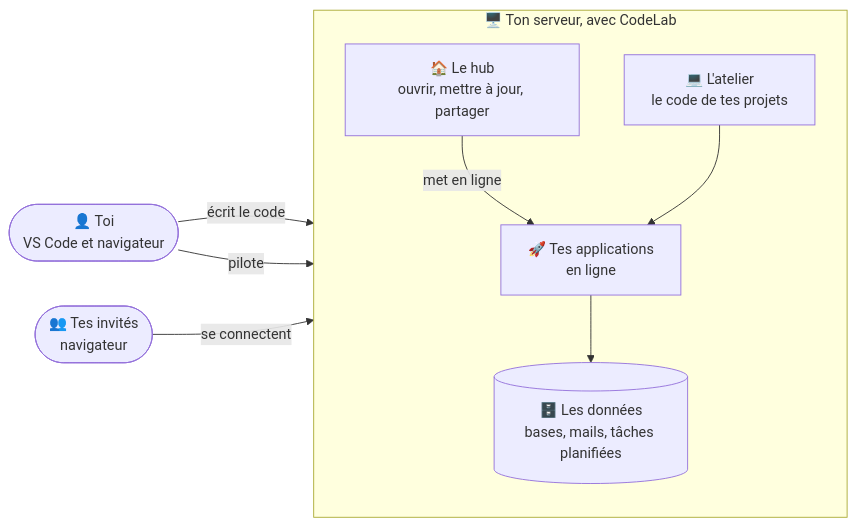
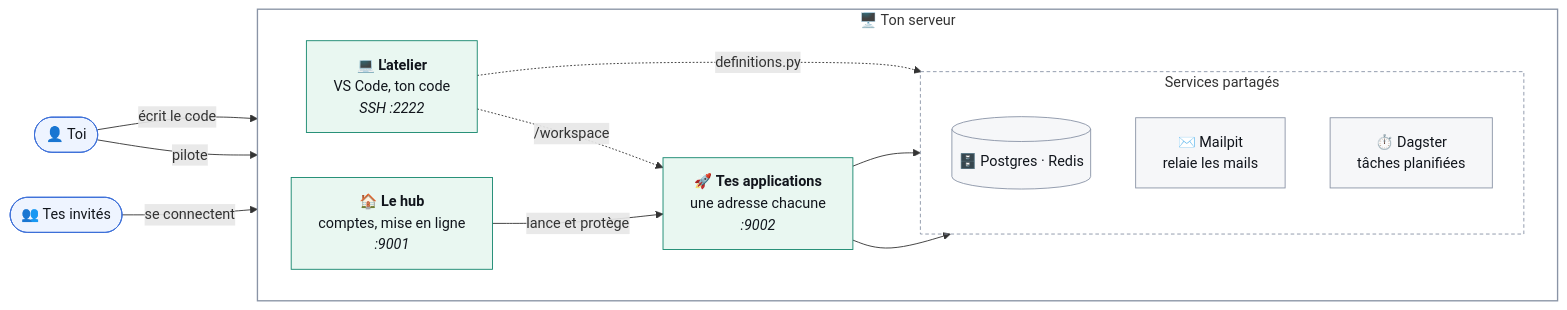
Before and after one commit to studio-codelab/codelab: the diagram in README.md, drawn with Mermaid. The commit also changed other lines of this file and 18 other files, not shown here.

````diff
--- a/README.md
+++ b/README.md
@@ -15,18 +15,36 @@
 ```mermaid
 flowchart LR
-    Toi(["👤 Toi<br/>VS Code et navigateur"])
-    Invites(["👥 Tes invités<br/>navigateur"])
-    subgraph Serveur["🖥️ Ton serveur, avec CodeLab"]
-        direction TB
-        Hub["🏠 Le hub<br/>ouvrir, mettre à jour, partager"]
-        Atelier["💻 L'atelier<br/>le code de tes projets"]
-        Apps["🚀 Tes applications<br/>en ligne"]
-        Donnees[("🗄️ Les données<br/>bases, mails, tâches planifiées")]
+    Toi(["👤 Toi"])
+    Invites(["👥 Tes invités"])
+
+    subgraph Serveur["🖥️ Ton serveur"]
+        direction LR
+        Atelier["💻 <b>L'atelier</b><br/>VS Code, ton code<br/><i>SSH :2222</i>"]
+        Hub["🏠 <b>Le hub</b><br/>comptes, mise en ligne<br/><i>:9001</i>"]
+        Apps["🚀 <b>Tes applications</b><br/>une adresse chacune<br/><i>:9002</i>"]
+        subgraph Services["Services partagés"]
+            direction TB
+            Base[("🗄️ Postgres · Redis")]
+            Mails["✉️ Mailpit<br/>relaie les mails"]
+            Taches["⏱️ Dagster<br/>tâches planifiées"]
+        end
     end
-    Toi -- "écrit le code" --> Atelier
-    Toi -- "pilote" --> Hub
-    Invites -- "se connectent" --> Hub
-    Hub -- "met en ligne" --> Apps
-    Atelier --> Apps
-    Apps --> Donnees
+
+    Toi -->|écrit le code| Atelier
+    Toi -->|pilote| Hub
+    Invites -->|se connectent| Hub
+    Atelier -.->|/workspace| Apps
+    Hub -->|lance et protège| Apps
+    Apps --> Base
+    Apps --> Mails
+    Atelier -.->|definitions.py| Taches
+
+    classDef personne fill:#eef4ff,stroke:#3b6fd8,color:#11151c
+    classDef coeur fill:#e9f7f1,stroke:#14866d,color:#11151c
+    classDef service fill:#f6f7f9,stroke:#8a94a6,color:#11151c
+    class Toi,Invites personne
+    class Atelier,Hub,Apps coeur
+    class Base,Mails,Taches service
+    style Serveur fill:none,stroke:#8a94a6,stroke-width:1.5px
+    style Services fill:none,stroke:#8a94a6,stroke-dasharray:4 3
 ```
````
